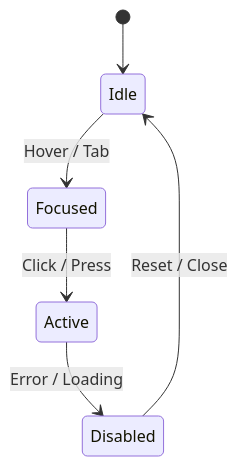
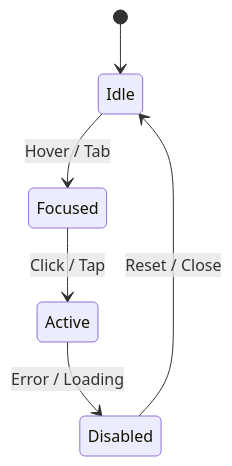
Before and after one commit to bartytime4life/Kansas-Frontier-Matrix: the diagram in docs/design/reviews/ui_components/templates/component_review_template.md, drawn with Mermaid. The commit also changed other lines of this file, not shown here.

````diff
--- a/docs/design/reviews/ui_components/templates/component_review_template.md
+++ b/docs/design/reviews/ui_components/templates/component_review_template.md
@@ -158,8 +178,8 @@
 ```mermaid
 stateDiagram-v2
   [*] --> Idle
   Idle --> Focused : Hover / Tab
-  Focused --> Active : Click / Press
+  Focused --> Active : Click / Tap
   Active --> Disabled : Error / Loading
   Disabled --> Idle : Reset / Close
 ```
````
